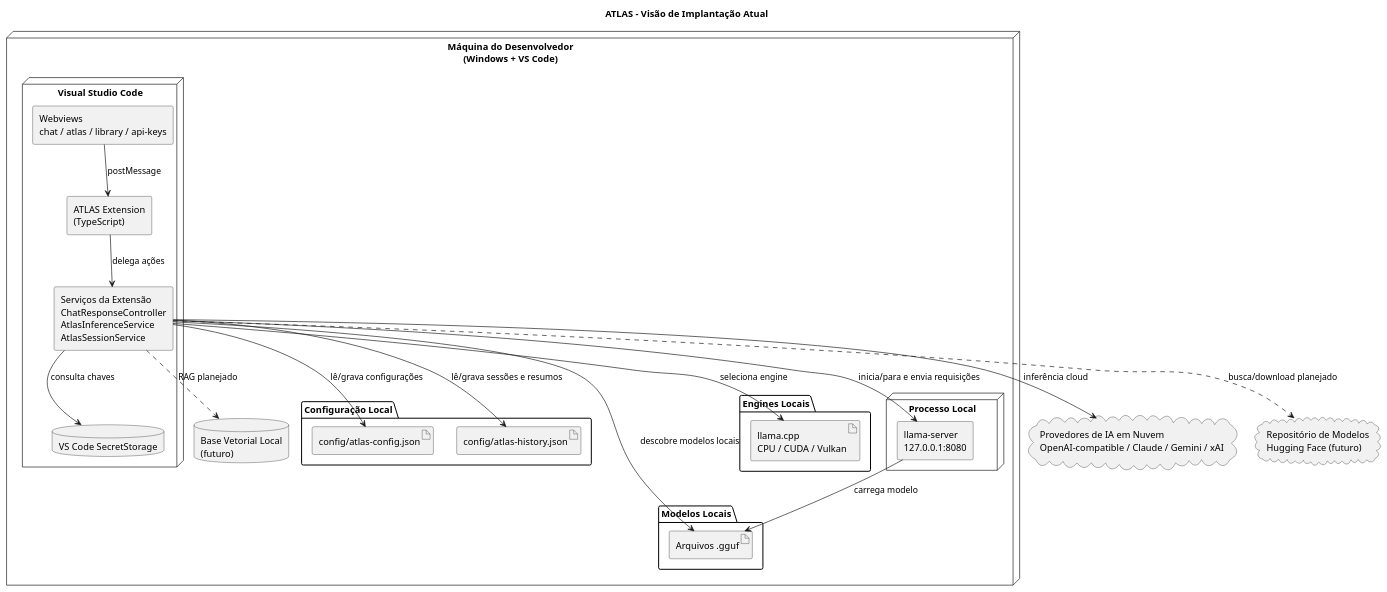
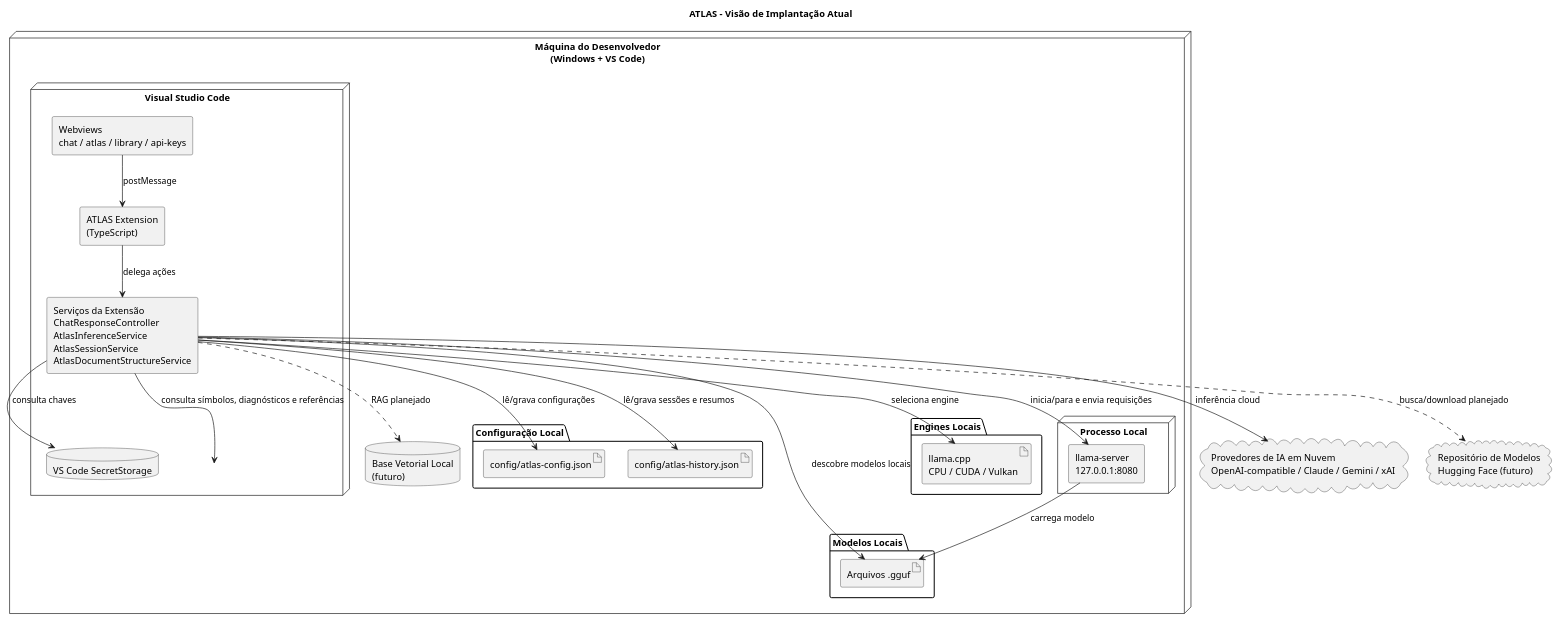
One commit to JVictorVI/ATLAS changed the fifth of 7 diagrams in docs/plantuml-diagramas-gerais-atlas.md. Above: the diagram before and after it, drawn with PlantUML. The commit also changed other lines of this file and 2 other files, not shown here.

````diff
--- a/docs/plantuml-diagramas-gerais-atlas.md
+++ b/docs/plantuml-diagramas-gerais-atlas.md
@@ -563,51 +619,52 @@
 ```plantuml
 @startuml
 skinparam shadowing false
 skinparam componentStyle rectangle
 title ATLAS - Visão de Implantação Atual
 
 node "Máquina do Desenvolvedor\n(Windows + VS Code)" as DevMachine {
   node "Visual Studio Code" as VSCode {
     component "ATLAS Extension\n(TypeScript)" as Extension
     component "Webviews\nchat / atlas / library / api-keys" as Webviews
-    component "Serviços da Extensão\nChatResponseController\nAtlasInferenceService\nAtlasSessionService" as ExtensionServices
+    component "Serviços da Extensão\nChatResponseController\nAtlasInferenceService\nAtlasSessionService\nAtlasDocumentStructureService" as ExtensionServices
     database "VS Code SecretStorage" as SecretStorage
   }
 
   folder "Configuração Local" as LocalConfig {
     artifact "config/atlas-config.json" as ConfigJson
     artifact "config/atlas-history.json" as HistoryJson
   }
 
   folder "Modelos Locais" as LocalModels {
     artifact "Arquivos .gguf" as GgufModels
   }
 
   folder "Engines Locais" as LocalEngines {
     artifact "llama.cpp\nCPU / CUDA / Vulkan" as LlamaBins
   }
 
   node "Processo Local" as LocalProcess {
     component "llama-server\n127.0.0.1:8080" as LlamaServer
   }
 
   database "Base Vetorial Local\n(futuro)" as VectorDb
 }
 
 cloud "Provedores de IA em Nuvem\nOpenAI-compatible / Claude / Gemini / xAI" as CloudProviders
 cloud "Repositório de Modelos\nHugging Face (futuro)" as ModelRepository
 
 Webviews --> Extension : postMessage
 Extension --> ExtensionServices : delega ações
 ExtensionServices --> SecretStorage : consulta chaves
 ExtensionServices --> ConfigJson : lê/grava configurações
 ExtensionServices --> HistoryJson : lê/grava sessões e resumos
 ExtensionServices --> GgufModels : descobre modelos locais
+ExtensionServices --> VSCode : consulta símbolos, diagnósticos e referências
 ExtensionServices --> LlamaBins : seleciona engine
 ExtensionServices --> LlamaServer : inicia/para e envia requisições
 LlamaServer --> GgufModels : carrega modelo
 ExtensionServices --> CloudProviders : inferência cloud
 ExtensionServices ..> ModelRepository : busca/download planejado
 ExtensionServices ..> VectorDb : RAG planejado
 @enduml
 ```
````
